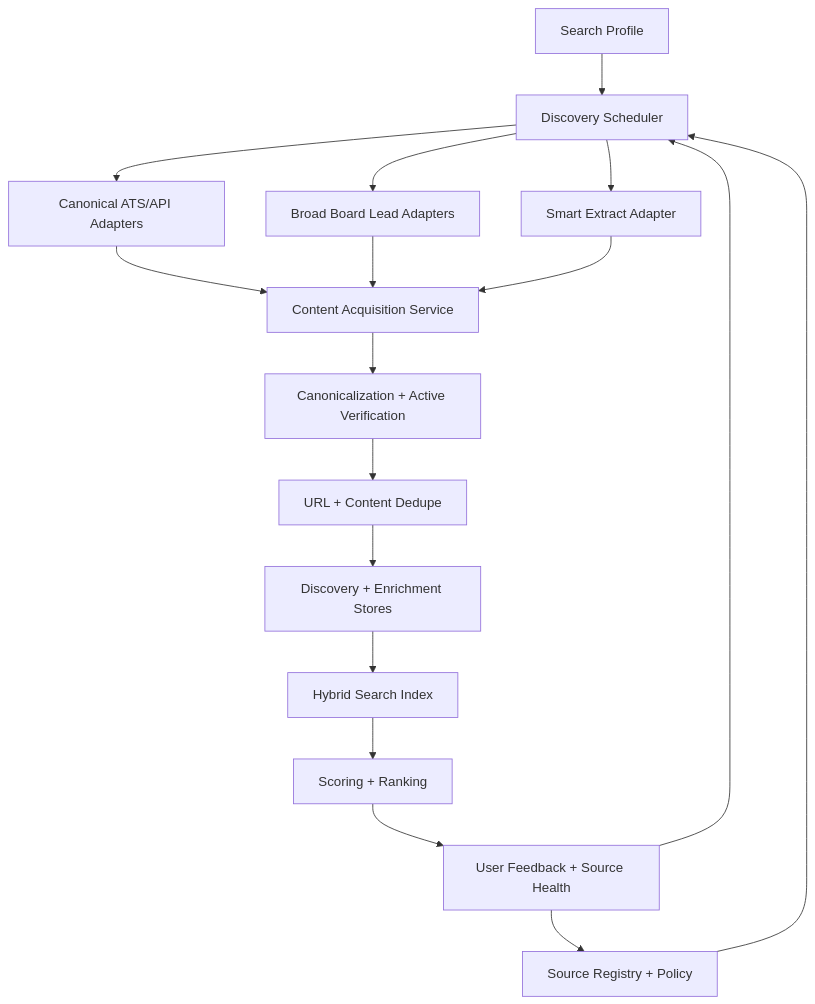
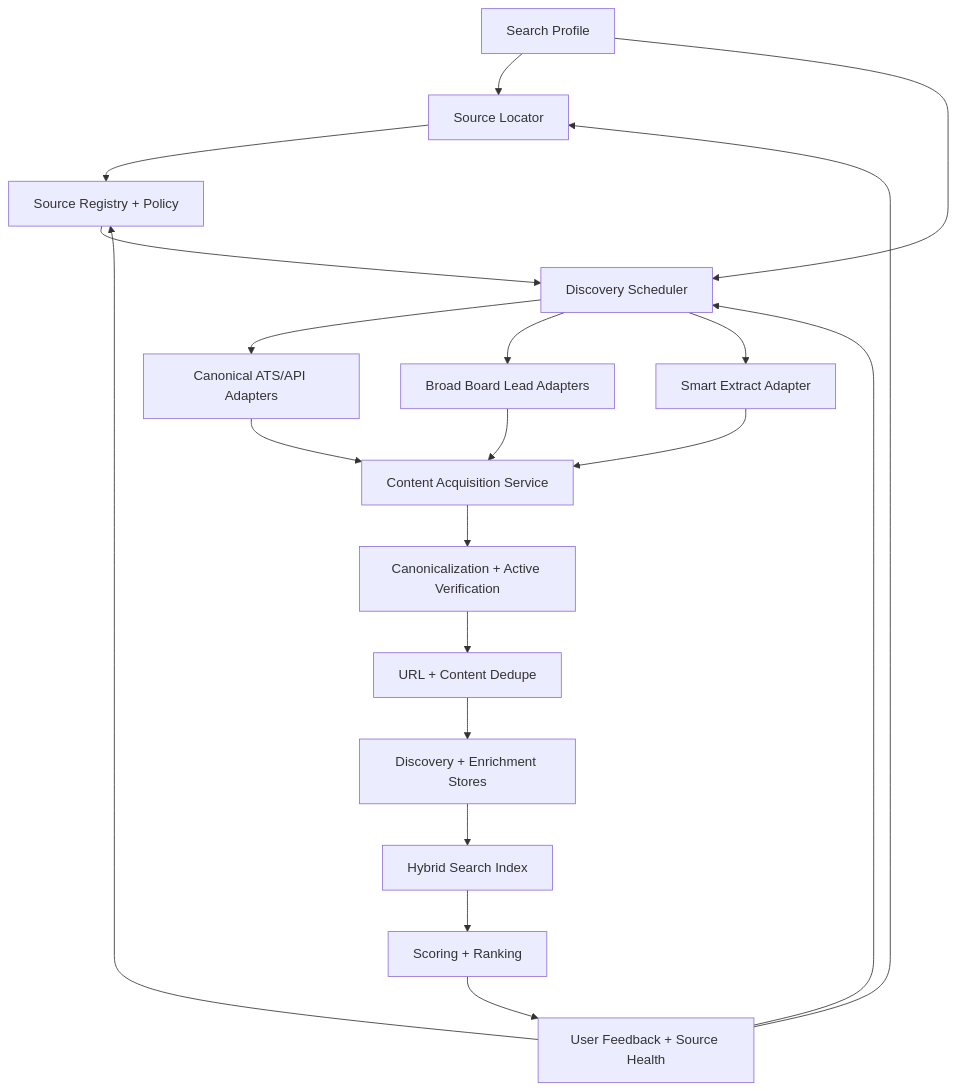
One commit to ebarti/JobCtrl changed the diagram in docs/plans/proposed/2026-05-12-job-search-discovery-rfc.md. Above: the diagram before and after it, drawn with Mermaid. The commit also changed other lines of this file, not shown here.

Commit message:
docs: clarify job source location discovery

````diff
--- a/docs/plans/proposed/2026-05-12-job-search-discovery-rfc.md
+++ b/docs/plans/proposed/2026-05-12-job-search-discovery-rfc.md
@@ -262,33 +291,37 @@
 ```mermaid
 flowchart TD
     Profile["Search Profile"]
+    Locator["Source Locator"]
     Registry["Source Registry + Policy"]
     Scheduler["Discovery Scheduler"]
     ATS["Canonical ATS/API Adapters"]
     Boards["Broad Board Lead Adapters"]
     Smart["Smart Extract Adapter"]
     Acquire["Content Acquisition Service"]
     Canon["Canonicalization + Active Verification"]
     Dedup["URL + Content Dedupe"]
     Store["Discovery + Enrichment Stores"]
     Index["Hybrid Search Index"]
     Score["Scoring + Ranking"]
     Feedback["User Feedback + Source Health"]
 
+    Profile --> Locator
+    Locator --> Registry
     Profile --> Scheduler
     Registry --> Scheduler
     Scheduler --> ATS
     Scheduler --> Boards
     Scheduler --> Smart
     ATS --> Acquire
     Boards --> Acquire
     Smart --> Acquire
     Acquire --> Canon
     Canon --> Dedup
     Dedup --> Store
     Store --> Index
     Index --> Score
     Score --> Feedback
+    Feedback --> Locator
     Feedback --> Registry
     Feedback --> Scheduler
 ```
````
